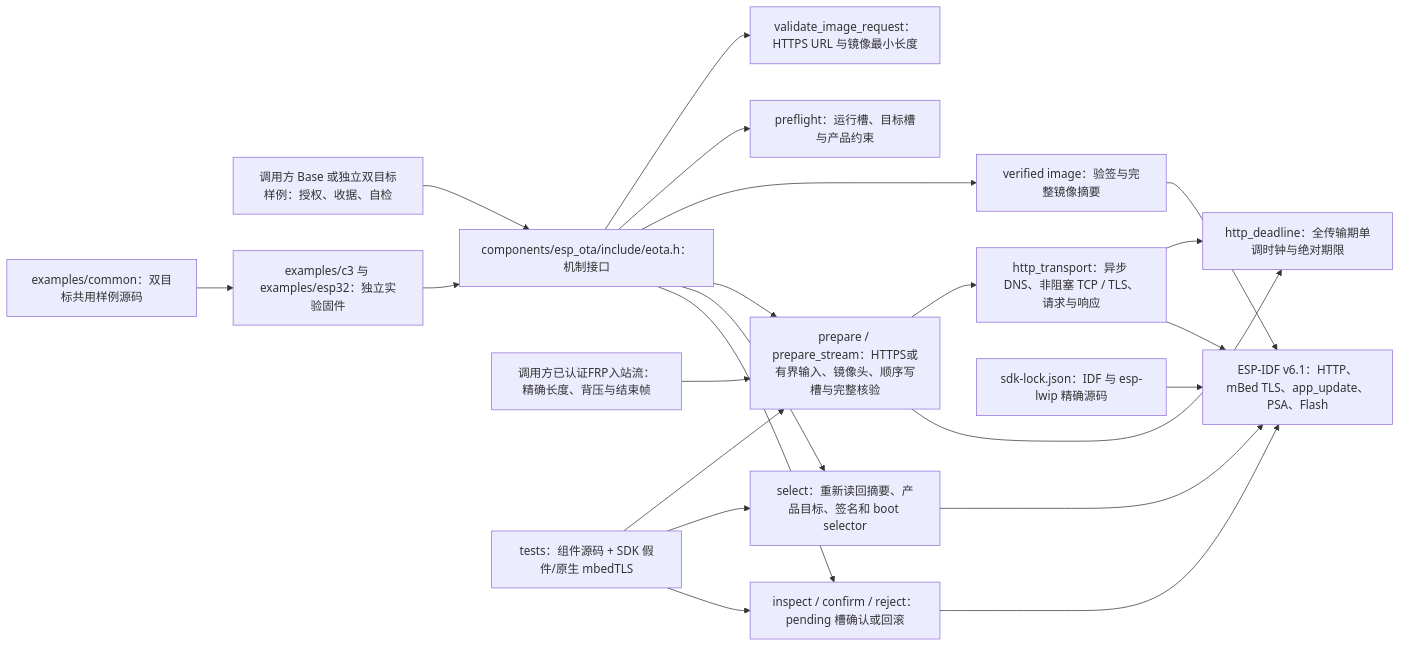
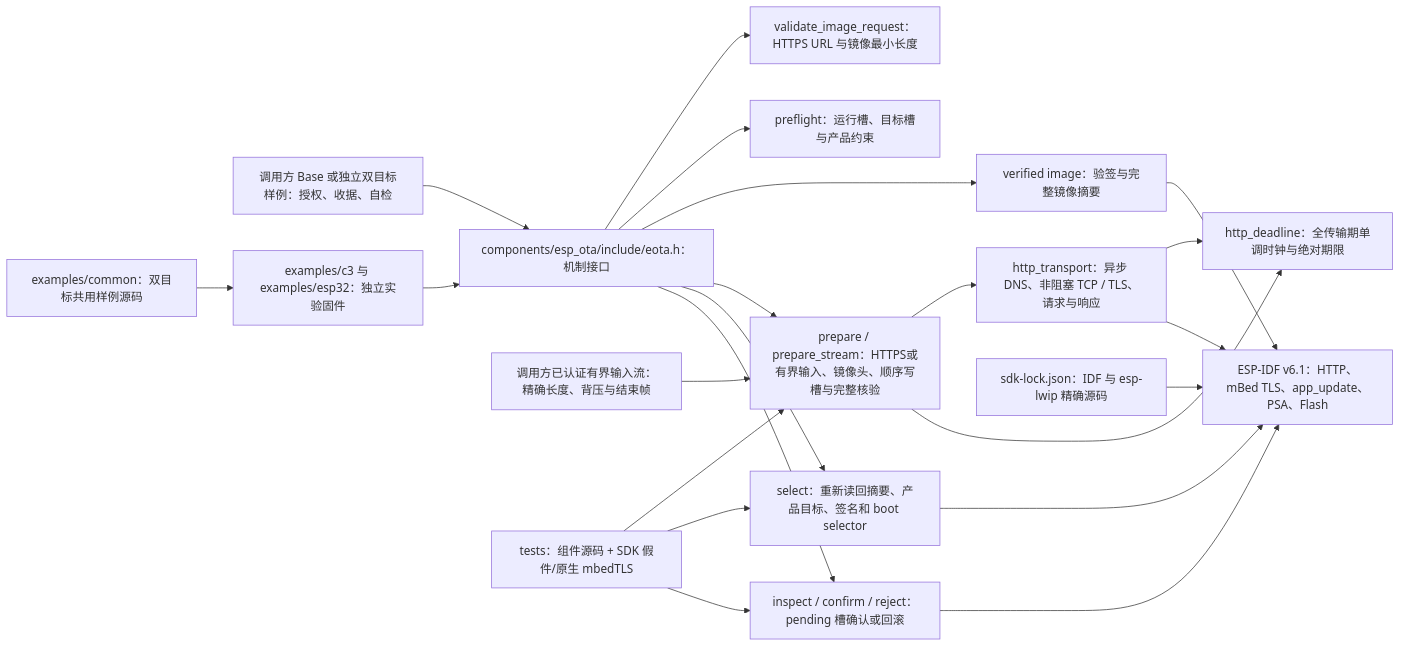
Before and after one commit to darren-you/esp-ota: the diagram in README.md, drawn with Mermaid. The commit also changed other lines of this file and 5 other files, not shown here.

````diff
--- a/README.md
+++ b/README.md
@@ -11,24 +11,24 @@
 ```mermaid
 flowchart LR
     app["调用方 Base 或独立双目标样例：授权、收据、自检"] --> api["components/esp_ota/include/eota.h：机制接口"]
     api --> request["validate_image_request：HTTPS URL 与镜像最小长度"]
     api --> preflight["preflight：运行槽、目标槽与产品约束"]
     api --> identity["verified image：验签与完整镜像摘要"]
     api --> prepare["prepare / prepare_stream：HTTPS或有界输入、镜像头、顺序写槽与完整核验"]
-    caller_stream["调用方已认证FRP入站流：精确长度、背压与结束帧"] --> prepare
+    caller_stream["调用方已认证有界输入流：精确长度、背压与结束帧"] --> prepare
     api --> select["select：重新读回摘要、产品目标、签名和 boot selector"]
     api --> confirm["inspect / confirm / reject：pending 槽确认或回滚"]
     prepare --> transport["http_transport：异步 DNS、非阻塞 TCP / TLS、请求与响应"]
     prepare --> deadline
     transport --> deadline["http_deadline：全传输期单调时钟与绝对期限"]
     transport --> sdk["ESP-IDF v6.1：HTTP、mBed TLS、app_update、PSA、Flash"]
     identity --> sdk
     select --> sdk
     confirm --> sdk
     lock["sdk-lock.json：IDF 与 esp-lwip 精确源码"] --> sdk
     host["tests：组件源码 + SDK 假件/原生 mbedTLS"] --> prepare
     host --> select
     host --> confirm
     shared["examples/common：双目标共用样例源码"] --> sample["examples/c3 与 examples/esp32：独立实验固件"]
     sample --> api
 ```
````
